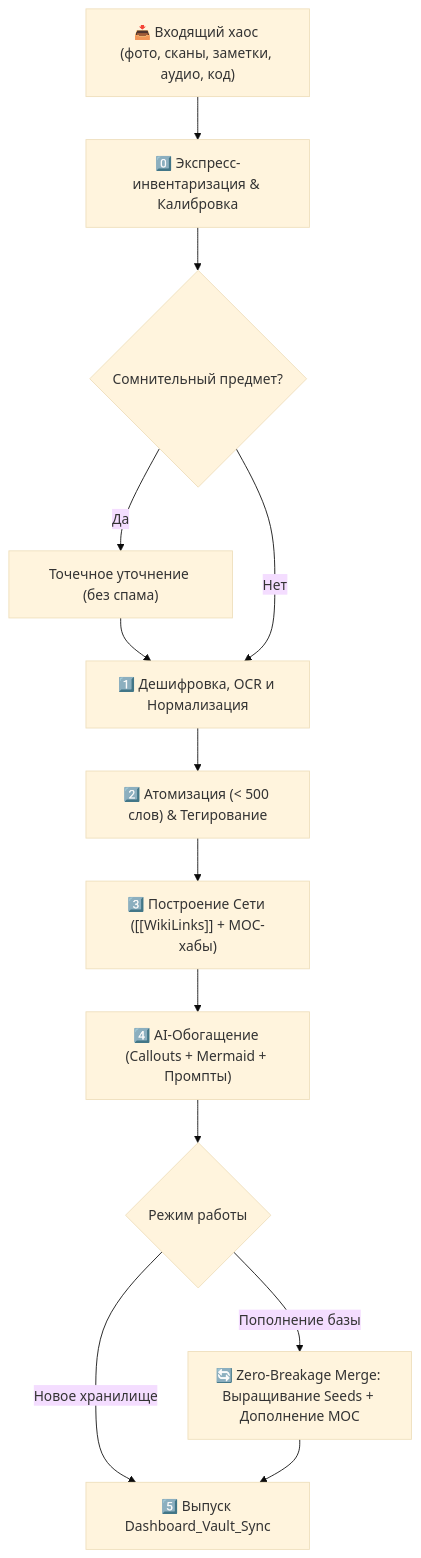
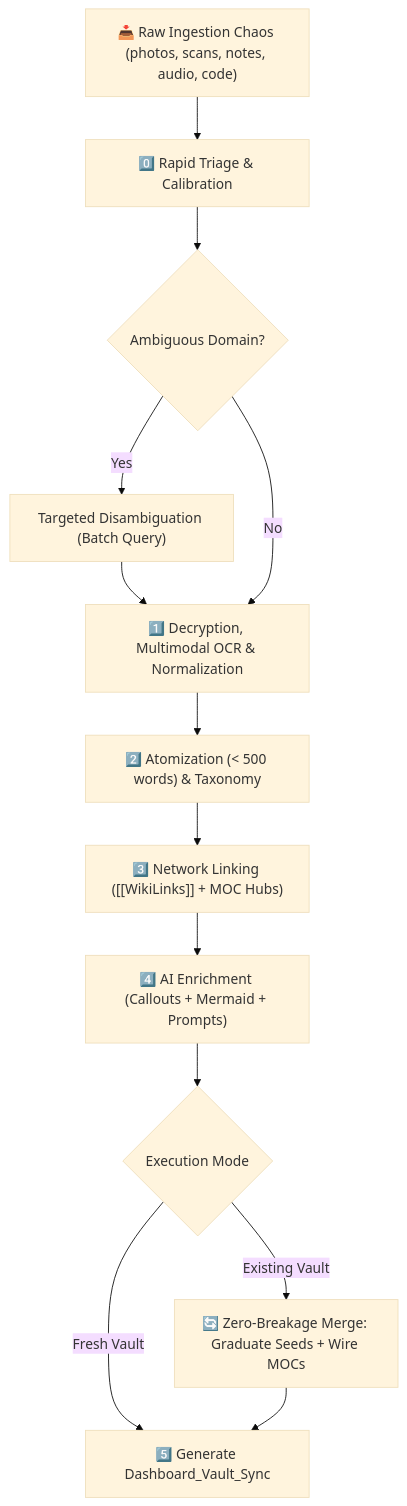
The diagram in README.md (vnkdevelop/knowledge-brain), drawn with Mermaid (base theme) before and after one commit. The commit also changed other lines of this file and 9 other files, not shown here.

````diff
--- a/README.md
+++ b/README.md
@@ -53,15 +54,15 @@
 ```mermaid
 flowchart TD
-    Chaos["📥 Входящий хаос (фото, сканы, заметки, аудио, код)"] --> Stage0["0️⃣ Экспресс-инвентаризация & Калибровка"]
-    Stage0 --> Disambig{"Сомнительный предмет?"}
-    Disambig -- Да --> Clarify["Точечное уточнение (без спама)"] --> Stage1
-    Disambig -- Нет --> Stage1["1️⃣ Дешифровка, OCR и Нормализация"]
+    Chaos["📥 Raw Ingestion Chaos (photos, scans, notes, audio, code)"] --> Stage0["0️⃣ Rapid Triage & Calibration"]
+    Stage0 --> Disambig{"Ambiguous Domain?"}
+    Disambig -- Yes --> Clarify["Targeted Disambiguation (Batch Query)"] --> Stage1
+    Disambig -- No --> Stage1["1️⃣ Decryption, Multimodal OCR & Normalization"]
     
-    Stage1 --> Stage2["2️⃣ Атомизация (< 500 слов) & Тегирование"]
-    Stage2 --> Stage3["3️⃣ Построение Сети ([[WikiLinks]] + MOC-хабы)"]
-    Stage3 --> Stage4["4️⃣ AI-Обогащение (Callouts + Mermaid + Промпты)"]
+    Stage1 --> Stage2["2️⃣ Atomization (< 500 words) & Taxonomy"]
+    Stage2 --> Stage3["3️⃣ Network Linking ([[WikiLinks]] + MOC Hubs)"]
+    Stage3 --> Stage4["4️⃣ AI Enrichment (Callouts + Mermaid + Prompts)"]
     
-    Stage4 --> Mode{"Режим работы"}
-    Mode -- Новое хранилище --> Stage5["5️⃣ Выпуск Dashboard_Vault_Sync"]
-    Mode -- Пополнение базы --> Incremental["🔄 Zero-Breakage Merge: Выращивание Seeds + Дополнение MOC"] --> Stage5
+    Stage4 --> Mode{"Execution Mode"}
+    Mode -- Fresh Vault --> Stage5["5️⃣ Generate Dashboard_Vault_Sync"]
+    Mode -- Existing Vault --> Incremental["🔄 Zero-Breakage Merge: Graduate Seeds + Wire MOCs"] --> Stage5
 ```
````
